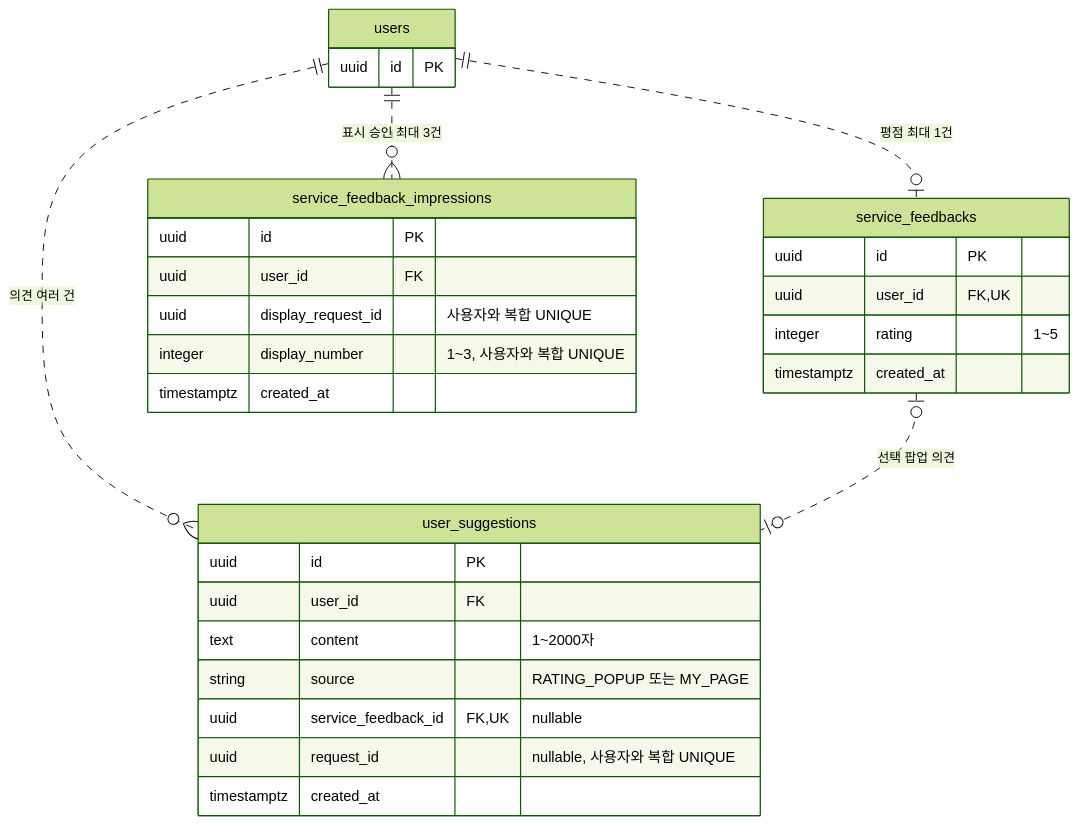
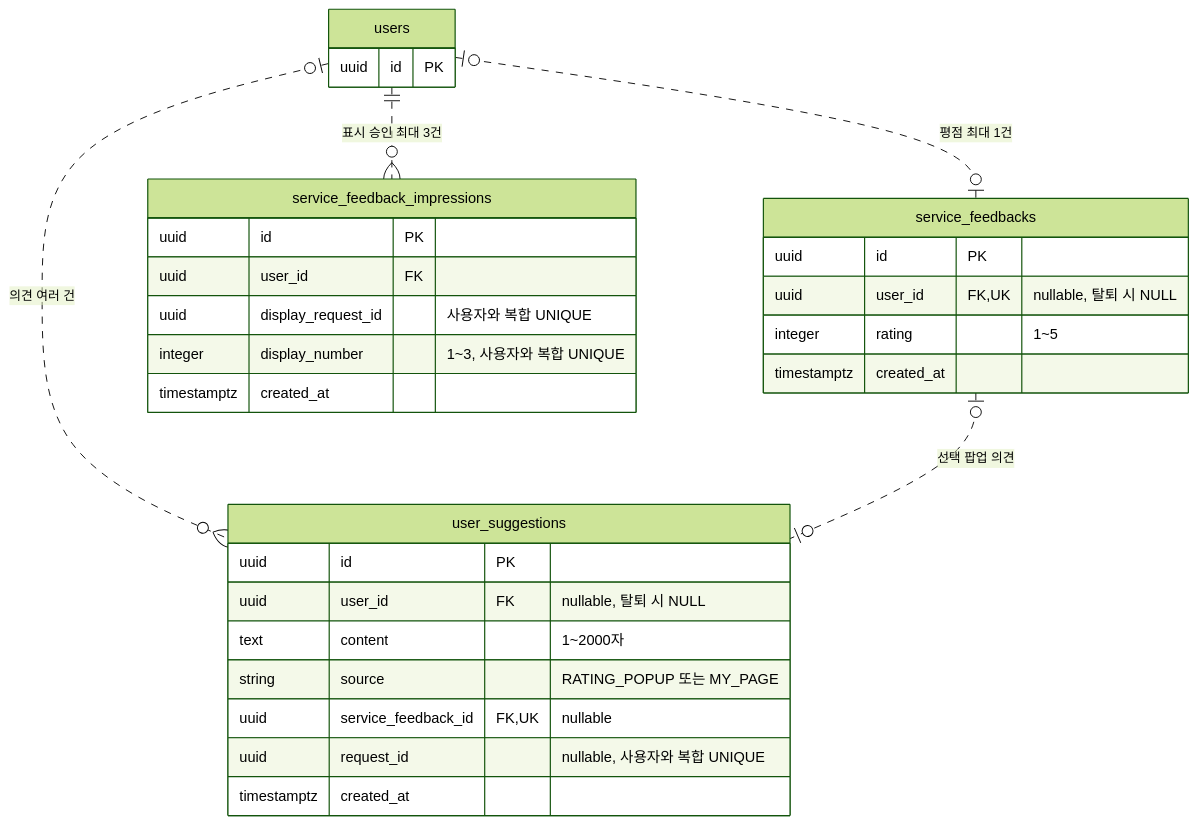
Before and after one commit to kakaotechcampus-4/ktc4-pusan-2: the diagram in docs/be/service-feedback-plan-540.md, drawn with Mermaid (forest theme). The commit also changed other lines of this file and 3 other files, not shown here.

Commit message:
docs(be): 평가 보관 정책과 ERD 이미지를 추가한다

````diff
--- a/docs/be/service-feedback-plan-540.md
+++ b/docs/be/service-feedback-plan-540.md
@@ -102,33 +106,33 @@
 ```mermaid
 erDiagram
-    users ||..o| service_feedbacks : "평점 최대 1건"
-    users ||..o{ user_suggestions : "의견 여러 건"
+    users |o..o| service_feedbacks : "평점 최대 1건"
+    users |o..o{ user_suggestions : "의견 여러 건"
     users ||..o{ service_feedback_impressions : "표시 승인 최대 3건"
     service_feedbacks |o..o| user_suggestions : "선택 팝업 의견"
 
     users {
         uuid id PK
     }
     service_feedbacks {
         uuid id PK
-        uuid user_id FK, UK
+        uuid user_id FK, UK "nullable, 탈퇴 시 NULL"
         integer rating "1~5"
         timestamptz created_at
     }
     user_suggestions {
         uuid id PK
-        uuid user_id FK
+        uuid user_id FK "nullable, 탈퇴 시 NULL"
         text content "1~2000자"
         string source "RATING_POPUP 또는 MY_PAGE"
         uuid service_feedback_id FK, UK "nullable"
         uuid request_id "nullable, 사용자와 복합 UNIQUE"
         timestamptz created_at
     }
     service_feedback_impressions {
         uuid id PK
         uuid user_id FK
         uuid display_request_id "사용자와 복합 UNIQUE"
         integer display_number "1~3, 사용자와 복합 UNIQUE"
         timestamptz created_at
     }
 ```
````
